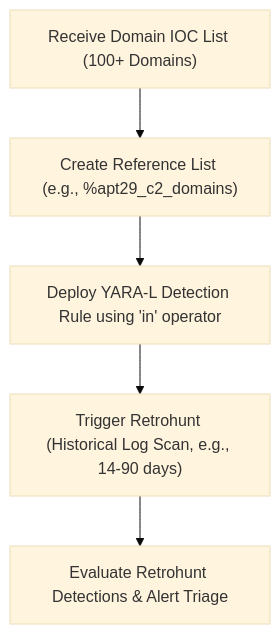
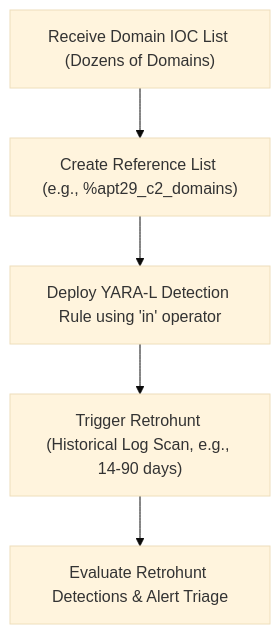
Before and after one commit to dandye/agentic_soc_gemini_enterprise: the diagram in docs/reference/methodologies/threat_hunting/bulk_domain_hunting.md, drawn with Mermaid (base theme). The commit also changed other lines of this file, not shown here.

Commit message:
docs: refine bulk domain hunting runbook threshold wording to dozens

````diff
--- a/docs/reference/methodologies/threat_hunting/bulk_domain_hunting.md
+++ b/docs/reference/methodologies/threat_hunting/bulk_domain_hunting.md
@@ -42,7 +42,7 @@
 ```mermaid
 graph TD
-    A["Receive Domain IOC List (100+ Domains)"] --> B["Create Reference List (e.g., %apt29_c2_domains)"]
+    A["Receive Domain IOC List (Dozens of Domains)"] --> B["Create Reference List (e.g., %apt29_c2_domains)"]
     B --> C["Deploy YARA-L Detection Rule using 'in' operator"]
     C --> D["Trigger Retrohunt (Historical Log Scan, e.g., 14-90 days)"]
     D --> E["Evaluate Retrohunt Detections & Alert Triage"]
 ```
````
